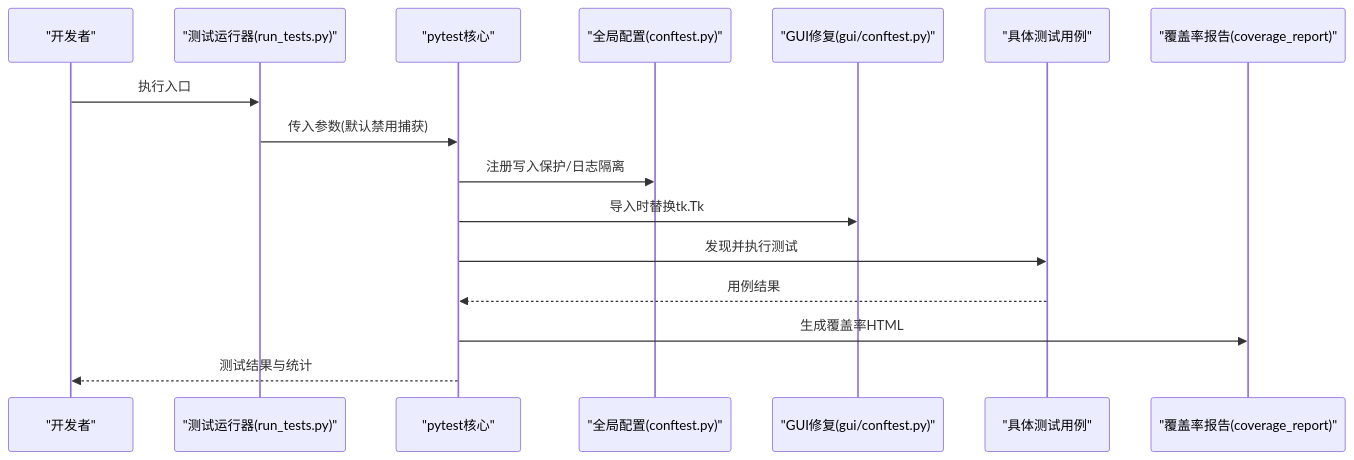
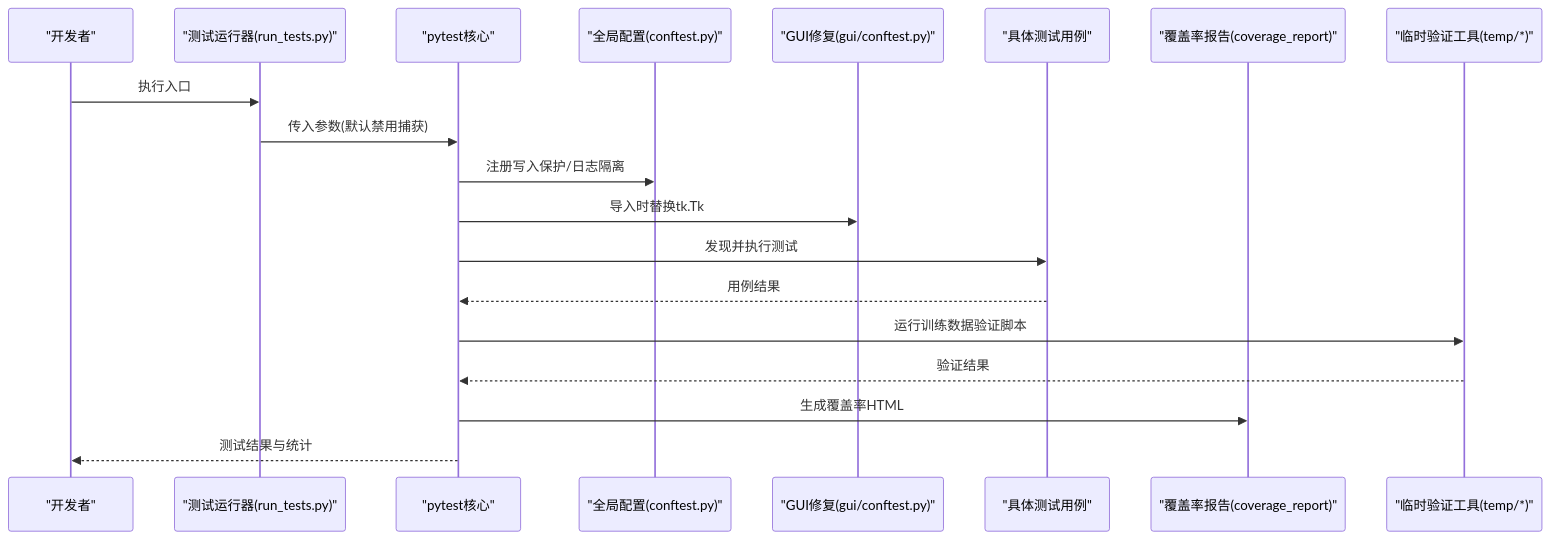
Before and after one commit to nanhao/gomoku: the second of 10 diagrams in .qoder/repowiki/zh/content/测试文档/测试自动化.md, drawn with Mermaid. The commit also changed other lines of this file and 11 other files, not shown here.

````diff
--- a/.qoder/repowiki/zh/content/测试文档/测试自动化.md
+++ b/.qoder/repowiki/zh/content/测试文档/测试自动化.md
@@ -96,18 +116,21 @@
 ```mermaid
 sequenceDiagram
 participant Dev as "开发者"
 participant Runner as "测试运行器(run_tests.py)"
 participant Pytest as "pytest核心"
 participant GlobalCfg as "全局配置(conftest.py)"
 participant GUIFix as "GUI修复(gui/conftest.py)"
 participant Tests as "具体测试用例"
 participant Report as "覆盖率报告(coverage_report)"
+participant TempTools as "临时验证工具(temp/*)"
 Dev->>Runner : 执行入口
 Runner->>Pytest : 传入参数(默认禁用捕获)
 Pytest->>GlobalCfg : 注册写入保护/日志隔离
 Pytest->>GUIFix : 导入时替换tk.Tk
 Pytest->>Tests : 发现并执行测试
 Tests-->>Pytest : 用例结果
+Pytest->>TempTools : 运行训练数据验证脚本
+TempTools-->>Pytest : 验证结果
 Pytest->>Report : 生成覆盖率HTML
 Pytest-->>Dev : 测试结果与统计
 ```
````
